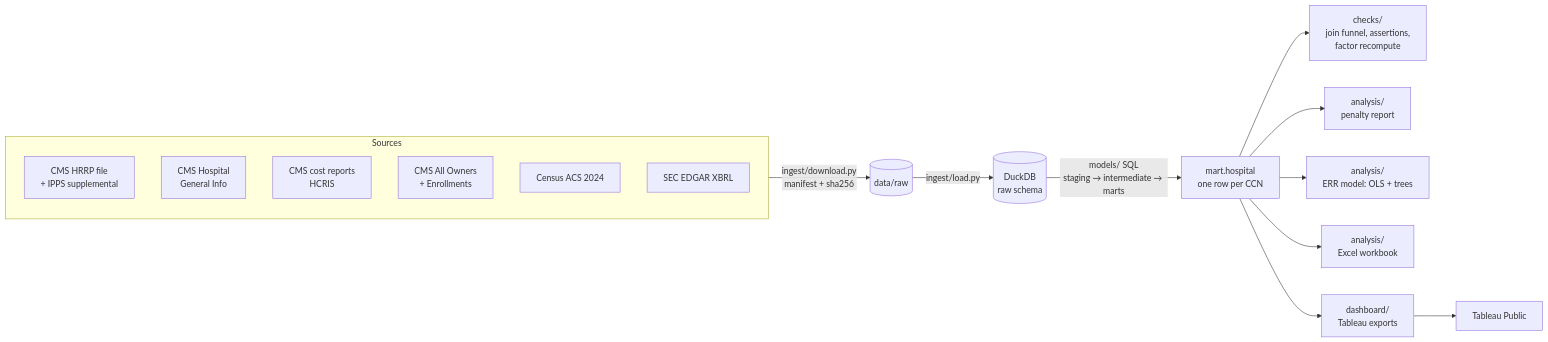
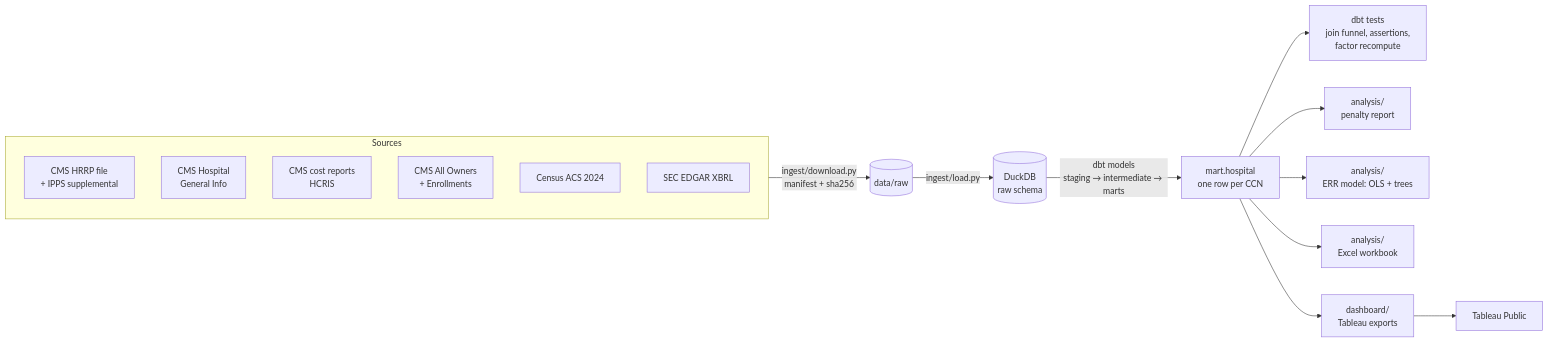
The diagram in README.md (khus-hi/hrrp-penalties), drawn with Mermaid before and after one commit. The commit also changed 4 other files, not shown here.

First line of the commit message:
Remove the hand-run SQL in models/ and checks/; document the dbt layout

````diff
--- a/README.md
+++ b/README.md
@@ -18,20 +18,20 @@
 ```mermaid
 flowchart LR
     subgraph Sources
         A[CMS HRRP file<br/>+ IPPS supplemental]
         B[CMS Hospital<br/>General Info]
         C[CMS cost reports<br/>HCRIS]
         D[CMS All Owners<br/>+ Enrollments]
         E[Census ACS 2024]
         F[SEC EDGAR XBRL]
     end
     Sources -->|ingest/download.py<br/>manifest + sha256| R[(data/raw)]
     R -->|ingest/load.py| DB[(DuckDB<br/>raw schema)]
-    DB -->|models/ SQL<br/>staging → intermediate → marts| M[mart.hospital<br/>one row per CCN]
-    M --> Q[checks/<br/>join funnel, assertions,<br/>factor recompute]
+    DB -->|dbt models<br/>staging → intermediate → marts| M[mart.hospital<br/>one row per CCN]
+    M --> Q[dbt tests<br/>join funnel, assertions,<br/>factor recompute]
     M --> P[analysis/<br/>penalty report]
     M --> X[analysis/<br/>ERR model: OLS + trees]
     M --> W[analysis/<br/>Excel workbook]
     M --> T[dashboard/<br/>Tableau exports]
     T --> TP[Tableau Public]
 ```
````
